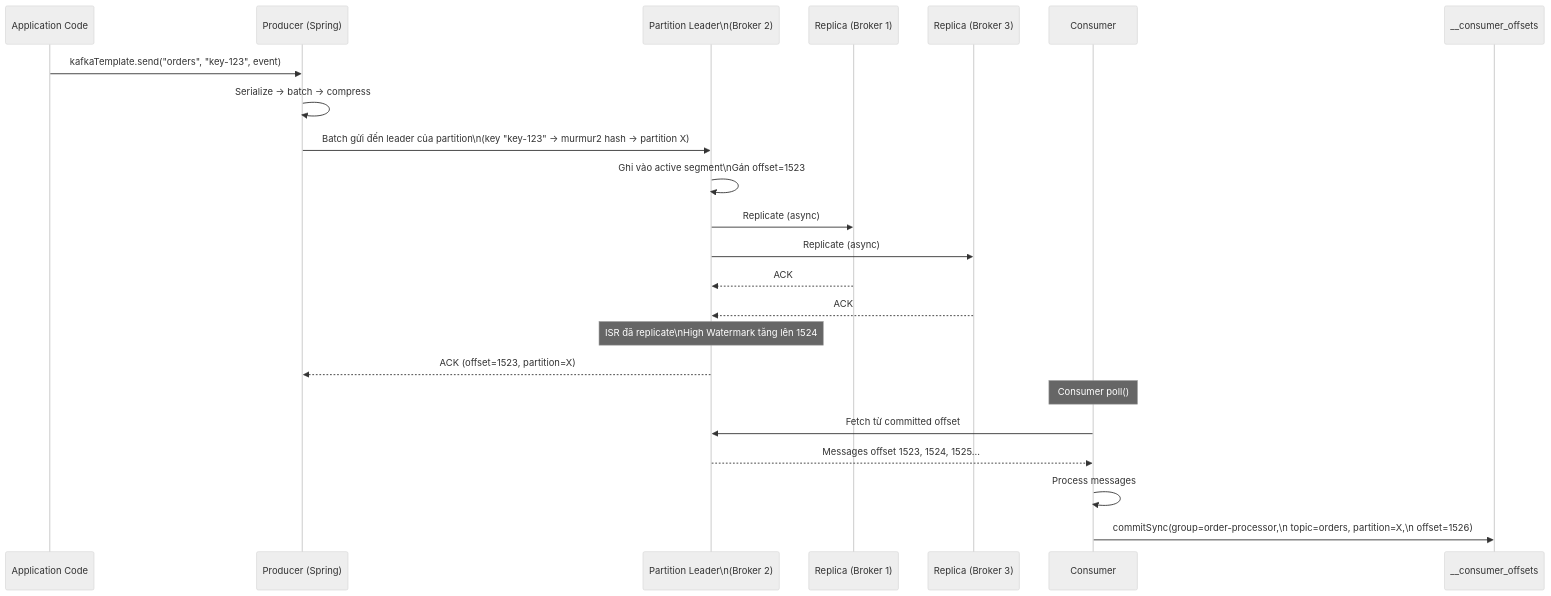
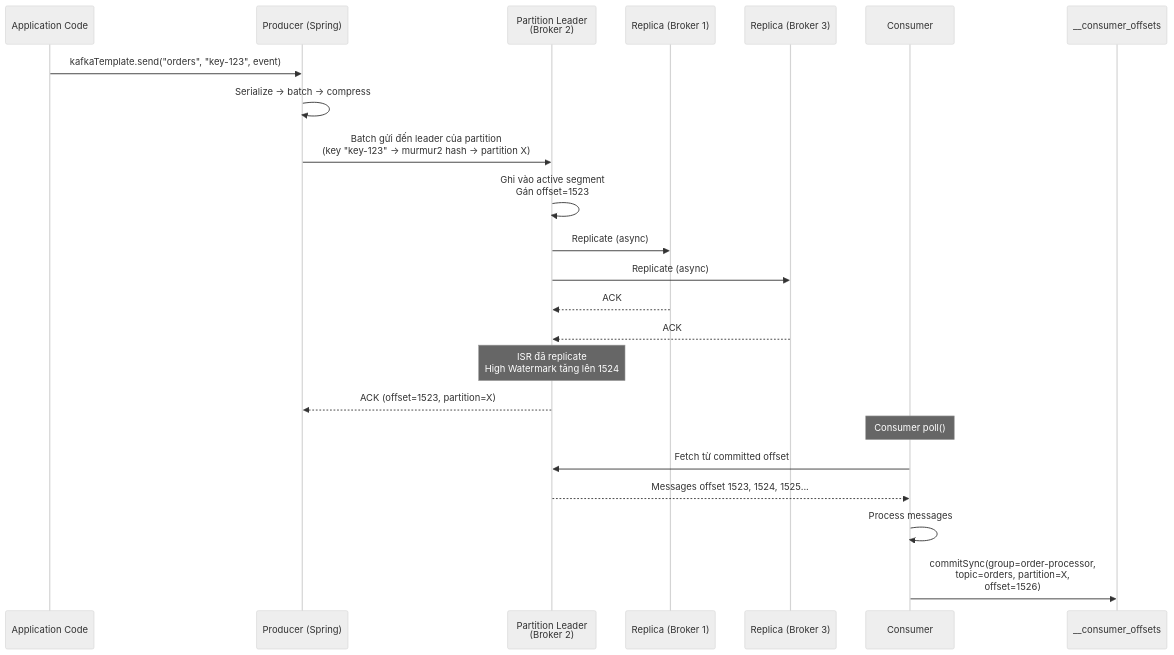
One commit to dangthobach/dangthobach.github.io changed diagram 12 of 18 in quartz/content/Microservices-Patterns/Kafka-Partition-and-Offset-Internals.md. Above: the diagram before and after it, drawn with Mermaid (neutral theme). The commit also changed other lines of this file and 114 other files, not shown here.

````diff
--- a/quartz/content/Microservices-Patterns/Kafka-Partition-and-Offset-Internals.md
+++ b/quartz/content/Microservices-Patterns/Kafka-Partition-and-Offset-Internals.md
@@ -339,31 +339,31 @@
 ```mermaid
 sequenceDiagram
     participant APP as Application Code
     participant PROD as Producer (Spring)
-    participant PART as Partition Leader\n(Broker 2)
+    participant PART as Partition Leader<br/>(Broker 2)
     participant REP1 as Replica (Broker 1)
     participant REP2 as Replica (Broker 3)
     participant CONS as Consumer
     participant OT as __consumer_offsets
 
     APP->>PROD: kafkaTemplate.send("orders", "key-123", event)
     PROD->>PROD: Serialize → batch → compress
 
-    PROD->>PART: Batch gửi đến leader của partition\n(key "key-123" → murmur2 hash → partition X)
-    PART->>PART: Ghi vào active segment\nGán offset=1523
+    PROD->>PART: Batch gửi đến leader của partition<br/>(key "key-123" → murmur2 hash → partition X)
+    PART->>PART: Ghi vào active segment<br/>Gán offset=1523
 
     PART->>REP1: Replicate (async)
     PART->>REP2: Replicate (async)
     REP1-->>PART: ACK
     REP2-->>PART: ACK
 
-    Note over PART: ISR đã replicate\nHigh Watermark tăng lên 1524
+    Note over PART: ISR đã replicate<br/>High Watermark tăng lên 1524
     PART-->>PROD: ACK (offset=1523, partition=X)
 
     Note over CONS: Consumer poll()
     CONS->>PART: Fetch từ committed offset
     PART-->>CONS: Messages offset 1523, 1524, 1525...
 
     CONS->>CONS: Process messages
-    CONS->>OT: commitSync(group=order-processor,\n              topic=orders, partition=X,\n              offset=1526)
+    CONS->>OT: commitSync(group=order-processor,<br/>              topic=orders, partition=X,<br/>              offset=1526)
 ```
````
